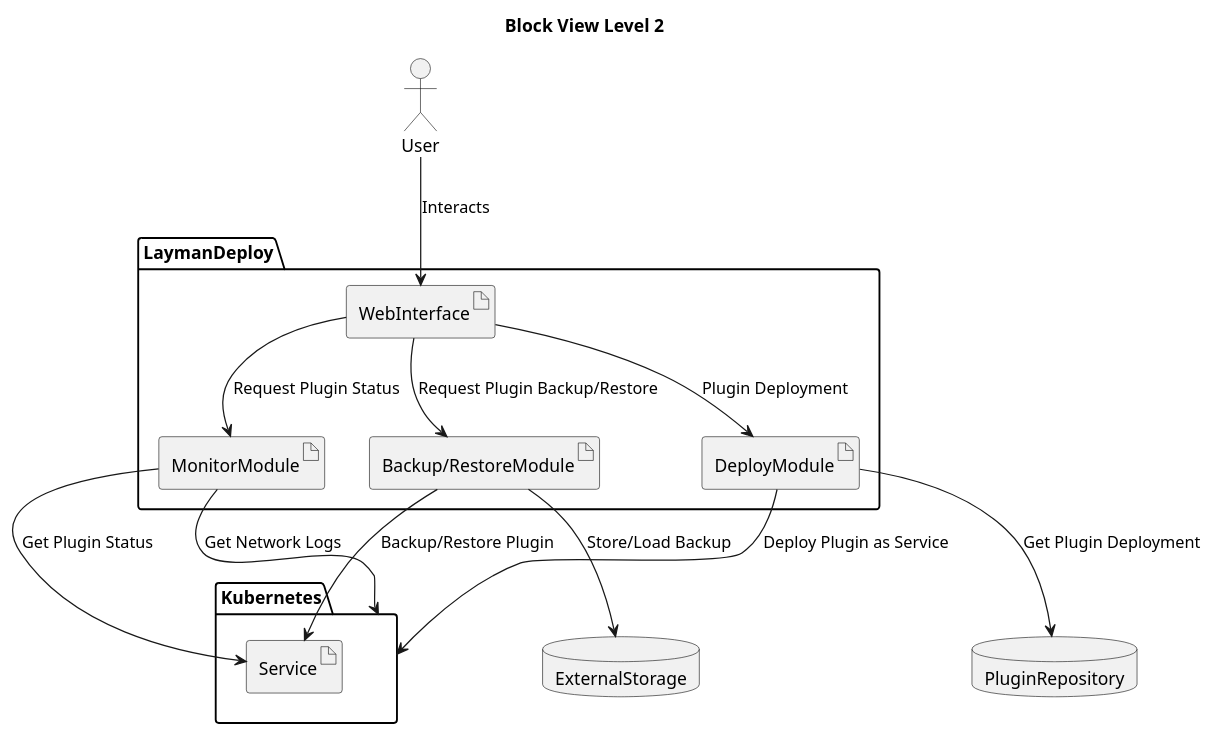
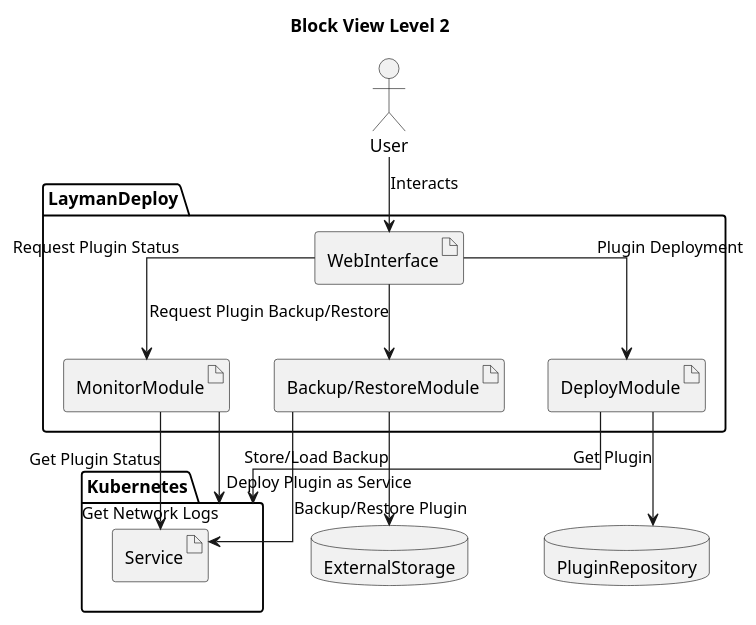
The diagram in arc42-template-EN-plain-gitHubMarkdown/blockview_lvl2.puml (jdmmnn/LaymanDeploy), drawn with PlantUML before and after one commit. The commit also changed 6 other files, not shown here.

Commit message:
updated with a few sequence diagrams

```diff
--- a/arc42-template-EN-plain-gitHubMarkdown/blockview_lvl2.puml
+++ b/arc42-template-EN-plain-gitHubMarkdown/blockview_lvl2.puml
@@ -1,34 +1,36 @@
 @startuml
+skinparam linetype ortho
+
 title Block View Level 2
 
 actor User
 
 package LaymanDeploy {
     artifact WebInterface
     artifact DeployModule
     artifact BackupModule as "Backup/RestoreModule"
     artifact MonitorModule
 }
 
 package Kubernetes {
     artifact Service
 }
 
 database PluginRepository
 database ExternalStorage
 
 User --> WebInterface: Interacts
 WebInterface --> DeployModule: Plugin Deployment
-DeployModule --> PluginRepository: Get Plugin Deployment
+DeployModule --> PluginRepository: Get Plugin
 DeployModule --> Kubernetes: Deploy Plugin as Service
 
 WebInterface --> BackupModule: Request Plugin Backup/Restore
 BackupModule -> Service: Backup/Restore Plugin
 BackupModule --> ExternalStorage: Store/Load Backup
 
 WebInterface --> MonitorModule: Request Plugin Status
 MonitorModule -> Service: Get Plugin Status
 MonitorModule -> Kubernetes: Get Network Logs
 
 
 @enduml
```
